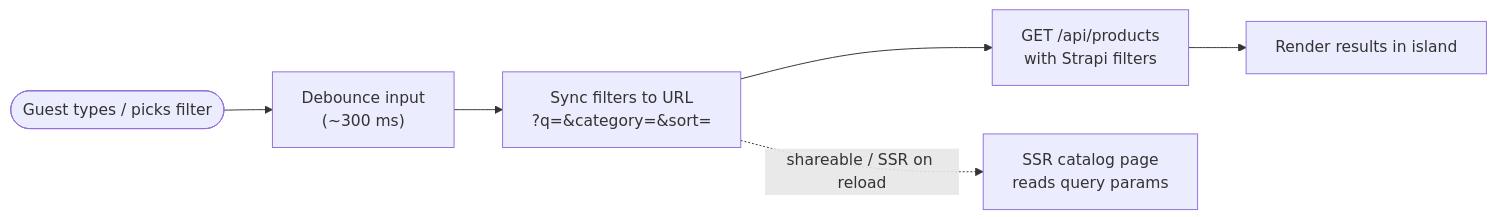
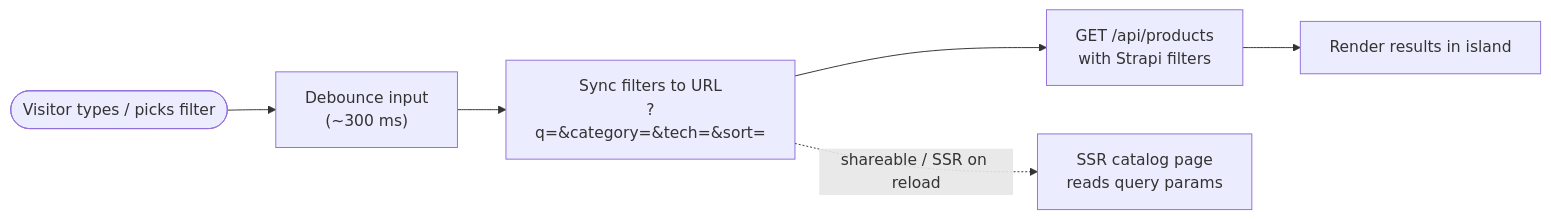
Before and after one commit to AnggaWikaNugraha/fullstack-company-profile: the ninth of 9 diagrams in docs/flows.md, drawn with Mermaid. The commit also changed other lines of this file and 6 other files, not shown here.

````diff
--- a/docs/flows.md
+++ b/docs/flows.md
@@ -259,8 +265,8 @@
 ```mermaid
 flowchart LR
-    A(["Guest types / picks filter"]) --> B["Debounce input<br/>(~300 ms)"]
-    B --> C["Sync filters to URL<br/>?q=&category=&sort="]
+    A(["Visitor types / picks filter"]) --> B["Debounce input<br/>(~300 ms)"]
+    B --> C["Sync filters to URL<br/>?q=&category=&tech=&sort="]
     C --> D["GET /api/products<br/>with Strapi filters"]
     D --> E["Render results in island"]
     C -. "shareable / SSR on reload" .-> F["SSR catalog page<br/>reads query params"]
 ```
````
